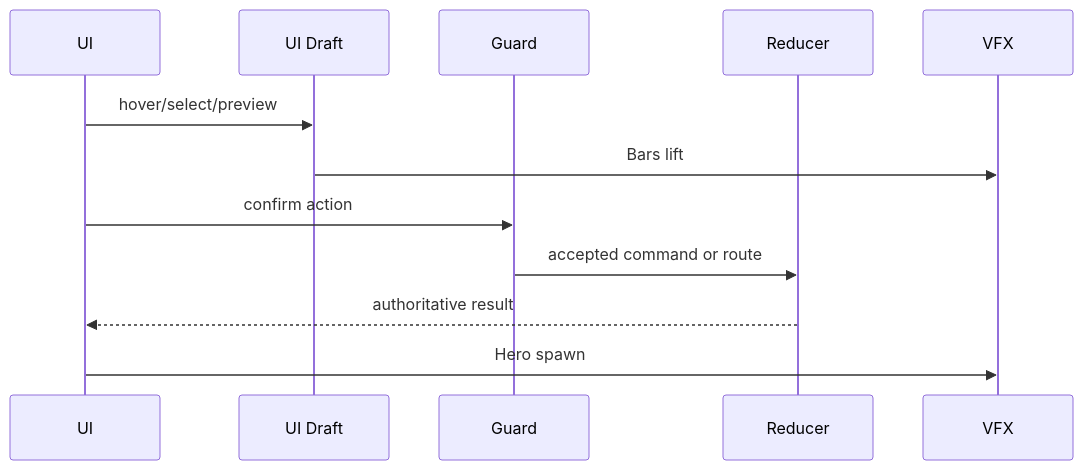
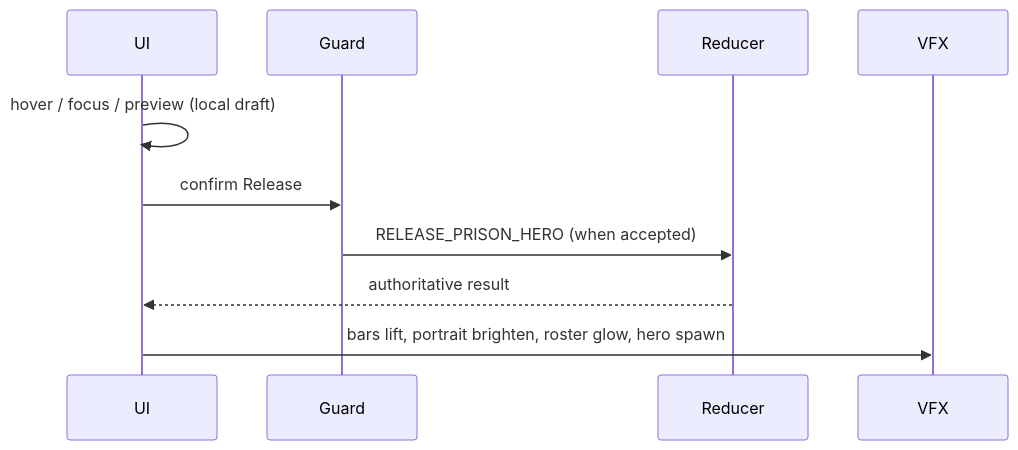
The fourth of 5 diagrams in docs/architecture/wiki/screens/23-hero-prison/architecture.md (SunaNoOshiro/Heroes_Reforged_AI_Realms), drawn with Mermaid before and after one commit. The commit also changed other lines of this file and 518 other files, not shown here.

First line of the commit message:
Add doc-audit skill and sweep architecture/screen docs

````diff
--- a/docs/architecture/wiki/screens/23-hero-prison/architecture.md
+++ b/docs/architecture/wiki/screens/23-hero-prison/architecture.md
@@ -50,14 +55,12 @@
 ```mermaid
 sequenceDiagram
   participant UI
-  participant Draft as UI Draft
   participant Guard
   participant Reducer
   participant VFX
-  UI->>Draft: hover/select/preview
-  Draft->>VFX: Bars lift
-  UI->>Guard: confirm action
-  Guard->>Reducer: accepted command or route
+  UI->>UI: hover / focus / preview (local draft)
+  UI->>Guard: confirm Release
+  Guard->>Reducer: RELEASE_PRISON_HERO (when accepted)
   Reducer-->>UI: authoritative result
-  UI->>VFX: Hero spawn
+  UI->>VFX: bars lift, portrait brighten, roster glow, hero spawn
 ```
````
